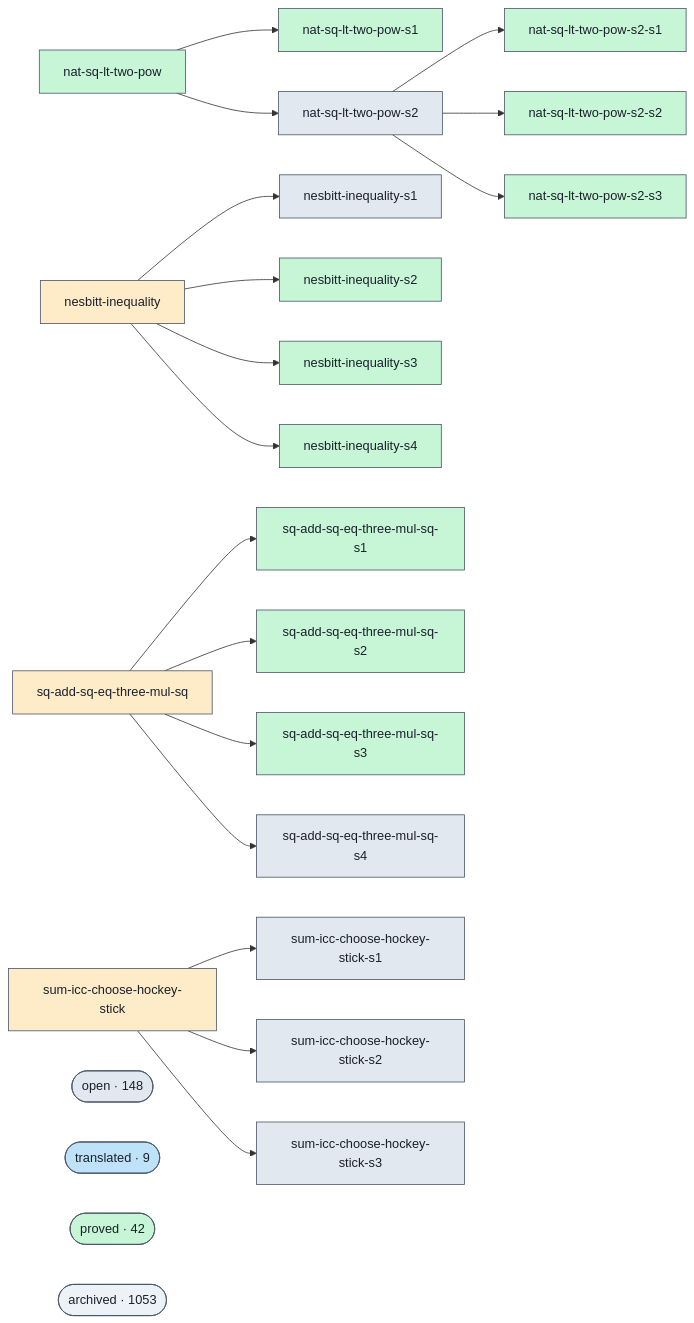
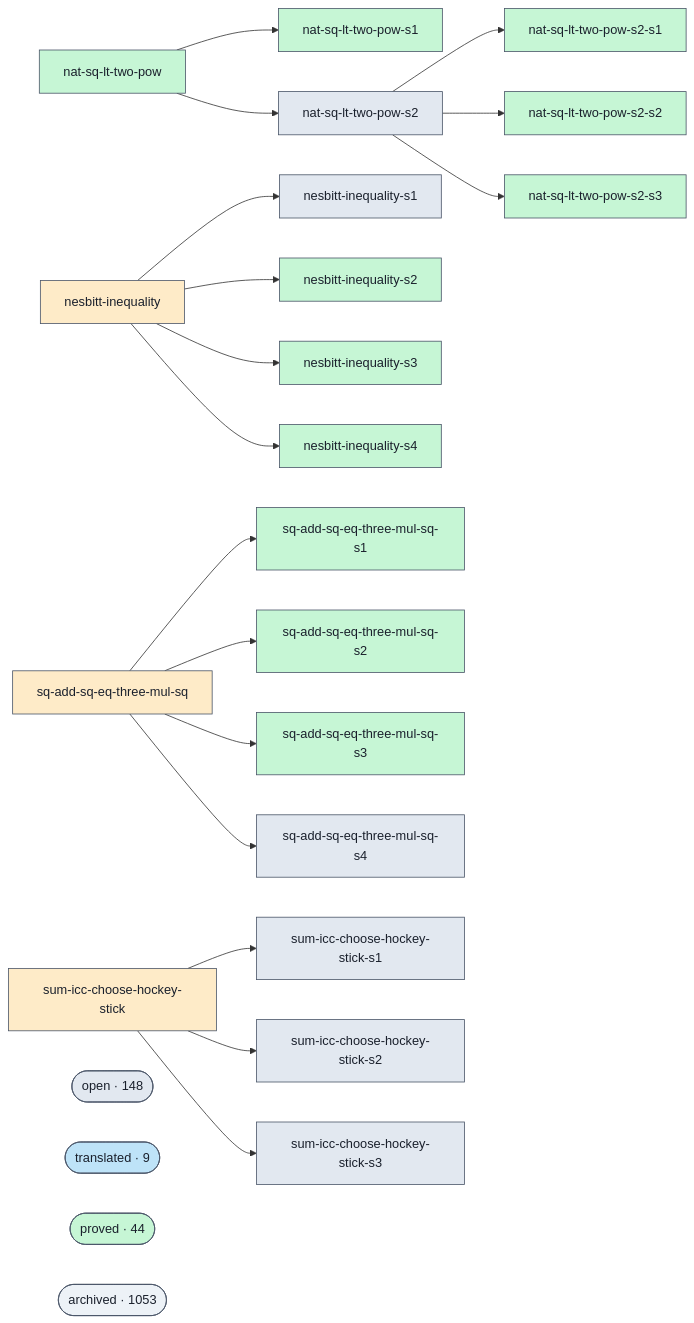
One commit to ohdearquant/unsorry changed the diagram in docs/proofs-contributors-visualisation.md. Above: the diagram before and after it, drawn with Mermaid. The commit also changed other lines of this file and 2 other files, not shown here.

```diff
--- a/docs/proofs-contributors-visualisation.md
+++ b/docs/proofs-contributors-visualisation.md
@@ -102,7 +102,7 @@
   class cluster_open open;
   cluster_translated(["translated · 9"])
   class cluster_translated translated;
-  cluster_proved(["proved · 42"])
+  cluster_proved(["proved · 44"])
   class cluster_proved proved;
   cluster_archived(["archived · 1053"])
   class cluster_archived unknown;
```
